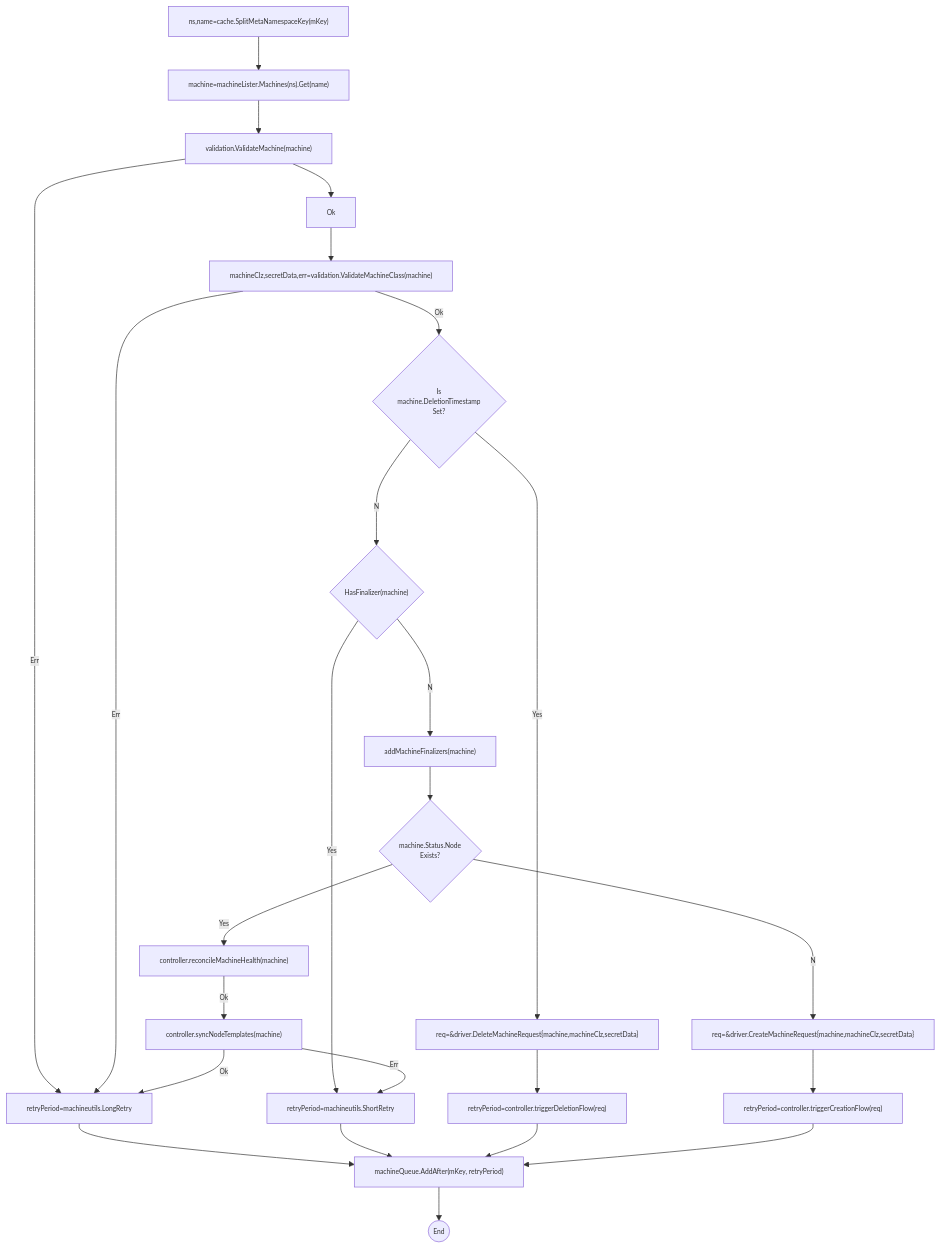
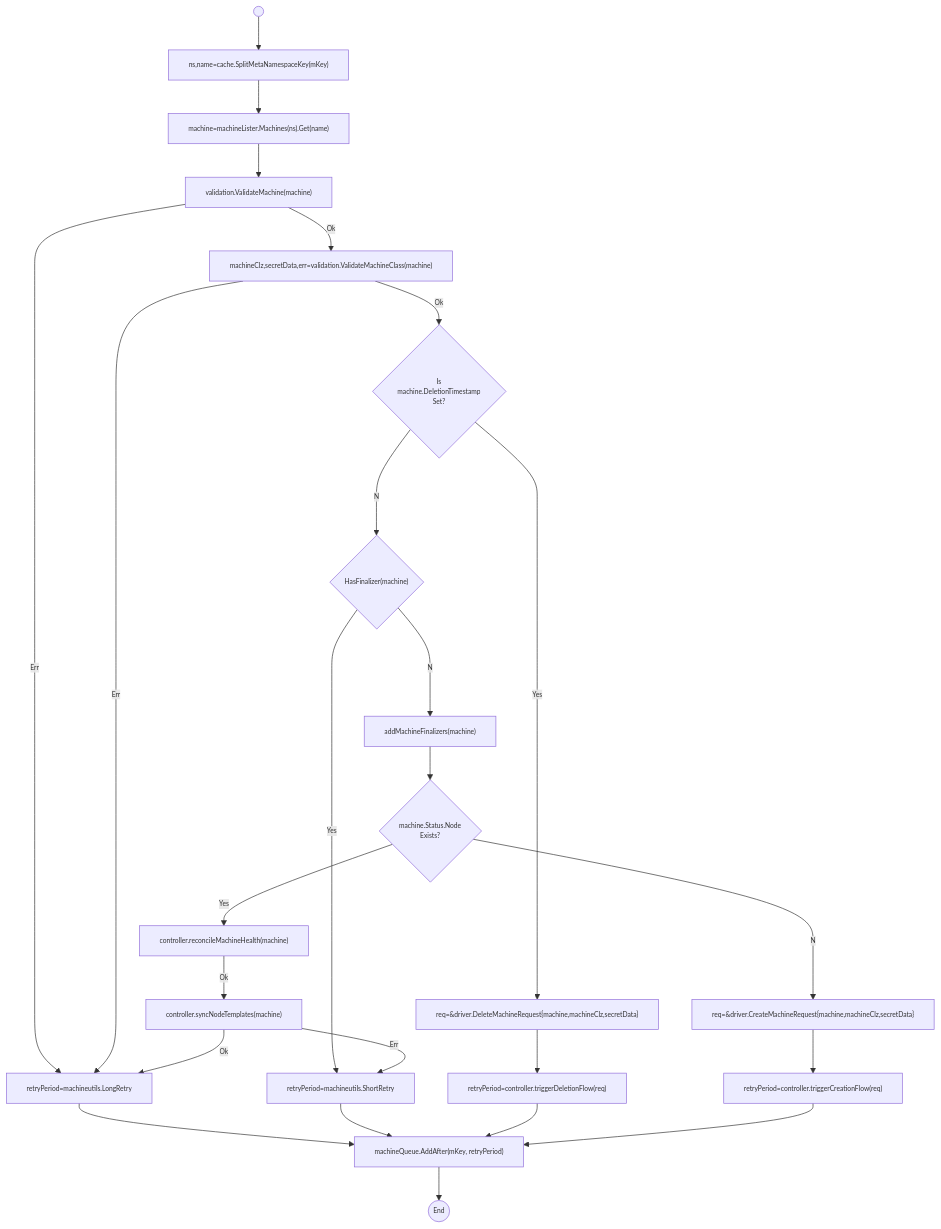
Before and after one commit to elankath/mcmdesign: the first of 6 diagrams in src/machine-controller/cluster_machine_reconcile.md, drawn with Mermaid. The commit also changed other lines of this file and 19 other files, not shown here.

````diff
--- a/src/machine-controller/cluster_machine_reconcile.md
+++ b/src/machine-controller/cluster_machine_reconcile.md
@@ -18,48 +19,49 @@
 ```mermaid
 %%{init: {'themeVariables': { 'fontSize': '10px'}, "flowchart": {"useMaxWidth": false }}}%%
 flowchart TD
 
 A["ns,name=cache.SplitMetaNamespaceKey(mKey)"]
 GetM["machine=machineLister.Machines(ns).Get(name)"]
 ValM["validation.ValidateMachine(machine)"]
 ValMC["machineClz,secretData,err=validation.ValidateMachineClass(machine)"]
 LongR["retryPeriod=machineutils.LongRetry"]
 ShortR["retryPeriod=machineutils.ShortRetry"]
 EnqM["machineQueue.AddAfter(mKey, retryPeriod)"]
 CheckMDel{"Is\nmachine.DeletionTimestamp\nSet?"}
 NewDelReq["req=&driver.DeleteMachineRequest{machine,machineClz,secretData}"]
 DelFlow["retryPeriod=controller.triggerDeletionFlow(req)"]
 CreateFlow["retryPeriod=controller.triggerCreationFlow(req)"]
 HasFin{"HasFinalizer(machine)"}
 AddFin["addMachineFinalizers(machine)"]
 CheckMachineNodeExists{"machine.Status.Node\nExists?"}
 ReconcileMachineHealth["controller.reconcileMachineHealth(machine)"]
 SyncNodeTemplates["controller.syncNodeTemplates(machine)"]
 NewCreateReq["req=&driver.CreateMachineRequest{machine,machineClz,secretData}"]
 Z(("End"))
 
+Begin((" "))-->A
 A-->GetM
 EnqM-->Z
 LongR-->EnqM
 ShortR-->EnqM
 GetM-->ValM
-ValM-->Ok-->ValMC
+ValM--Ok-->ValMC
 ValM--Err-->LongR
 ValMC--Err-->LongR
 ValMC--Ok-->CheckMDel
 CheckMDel--Yes-->NewDelReq
 CheckMDel--No-->HasFin
 NewDelReq-->DelFlow
 HasFin--No-->AddFin
 HasFin--Yes-->ShortR
 AddFin-->CheckMachineNodeExists
 CheckMachineNodeExists--Yes-->ReconcileMachineHealth
 CheckMachineNodeExists--No-->NewCreateReq
 ReconcileMachineHealth--Ok-->SyncNodeTemplates
 SyncNodeTemplates--Ok-->LongR
 SyncNodeTemplates--Err-->ShortR
 DelFlow-->EnqM
 NewCreateReq-->CreateFlow
 CreateFlow-->EnqM
 
 ```
````
